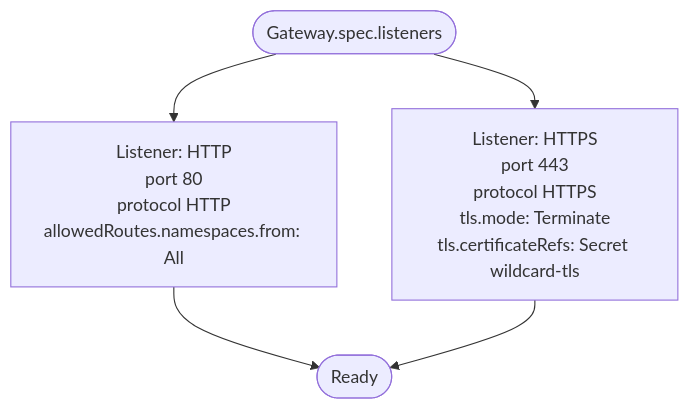
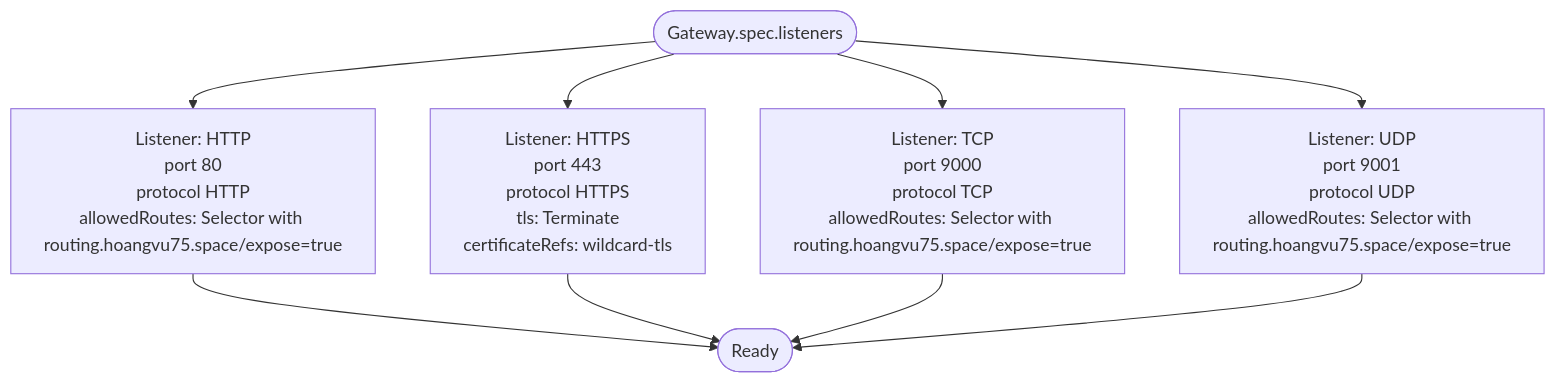
Before and after one commit to Hoangvu75/k8s_manifest: the third of 7 diagrams in .qoder/repowiki/en/content/Infrastructure Applications/Gateway API Controller.md, drawn with Mermaid. The commit also changed other lines of this file and 7 other files, not shown here.

First line of the commit message:
fix: add Traefik CRDs (IngressRouteTCP, IngressRouteUDP, etc.)

````diff
--- a/.qoder/repowiki/en/content/Infrastructure Applications/Gateway API Controller.md
+++ b/.qoder/repowiki/en/content/Infrastructure Applications/Gateway API Controller.md
@@ -166,7 +189,11 @@
 ```mermaid
 flowchart TD
-Start(["Gateway.spec.listeners"]) --> HTTP["Listener: HTTP<br/>port 80<br/>protocol HTTP<br/>allowedRoutes.namespaces.from: All"]
-Start --> HTTPS["Listener: HTTPS<br/>port 443<br/>protocol HTTPS<br/>tls.mode: Terminate<br/>tls.certificateRefs: Secret wildcard-tls"]
+Start(["Gateway.spec.listeners"]) --> HTTP["Listener: HTTP<br/>port 80<br/>protocol HTTP<br/>allowedRoutes: Selector with routing.hoangvu75.space/expose=true"]
+Start --> HTTPS["Listener: HTTPS<br/>port 443<br/>protocol HTTPS<br/>tls: Terminate<br/>certificateRefs: wildcard-tls"]
+Start --> TCP["Listener: TCP<br/>port 9000<br/>protocol TCP<br/>allowedRoutes: Selector with routing.hoangvu75.space/expose=true"]
+Start --> UDP["Listener: UDP<br/>port 9001<br/>protocol UDP<br/>allowedRoutes: Selector with routing.hoangvu75.space/expose=true"]
 HTTP --> End(["Ready"])
 HTTPS --> End
+TCP --> End
+UDP --> End
 ```
````
